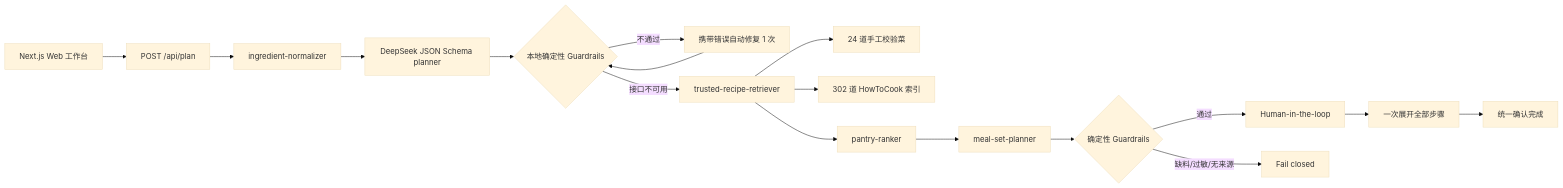
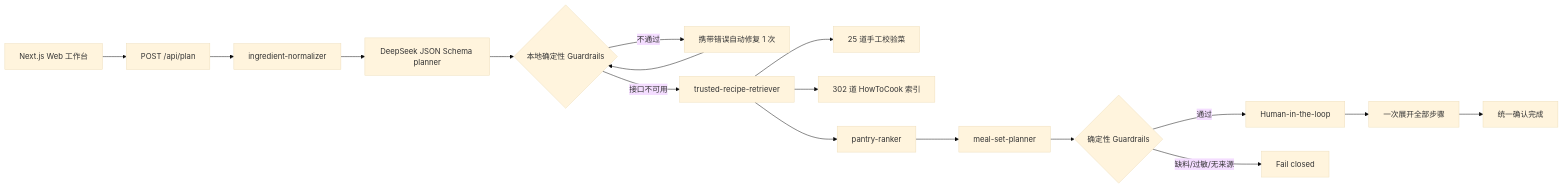
One commit to HYP190524/daily_cooking changed the diagram in README.md. Above: the diagram before and after it, drawn with Mermaid (base theme). The commit also changed other lines of this file and 2 other files, not shown here.

````diff
--- a/README.md
+++ b/README.md
@@ -17,19 +17,19 @@
 ```mermaid
 flowchart LR
   UI[Next.js Web 工作台] --> API[POST /api/plan]
   API --> Normalize[ingredient-normalizer]
   Normalize --> LLM[DeepSeek JSON Schema planner]
   LLM --> Validate{本地确定性 Guardrails}
   Validate -->|不通过| Repair[携带错误自动修复 1 次]
   Repair --> Validate
   Validate -->|接口不可用| Retrieve[trusted-recipe-retriever]
-  Retrieve --> Gold[24 道手工校验菜]
+  Retrieve --> Gold[25 道手工校验菜]
   Retrieve --> HTC[302 道 HowToCook 索引]
   Retrieve --> Rank[pantry-ranker]
   Rank --> Meal[meal-set-planner]
   Meal --> Guard{确定性 Guardrails}
   Guard -->|通过| Approval[Human-in-the-loop]
   Guard -->|缺料/过敏/无来源| Stop[Fail closed]
   Approval --> Cook[一次展开全部步骤]
   Cook --> Done[统一确认完成]
 ```
````
